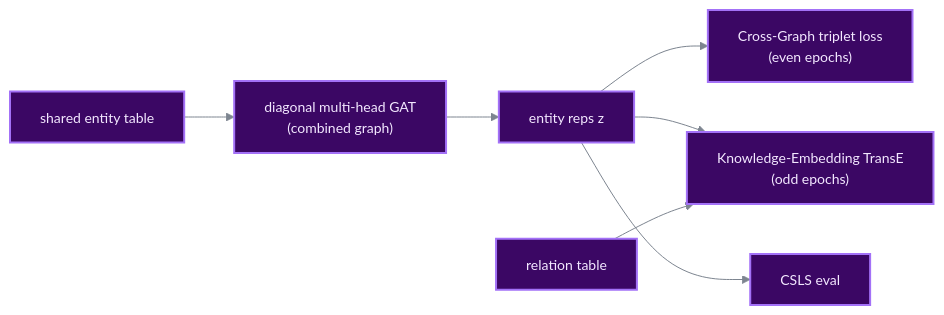
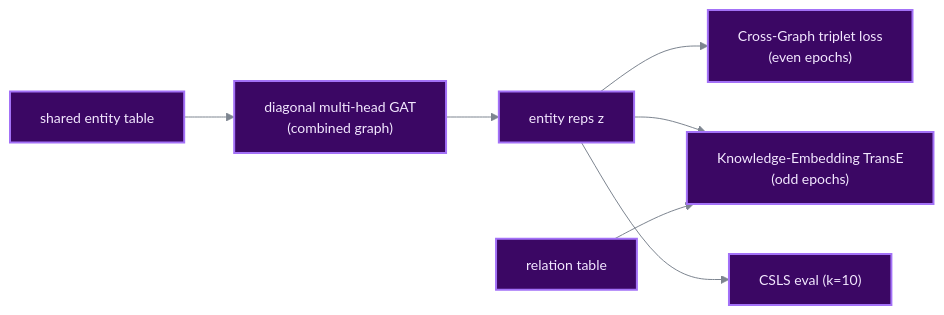
One commit to Z-Nadjib/EntityAlignment-Nexus changed the diagram in docs/models/kecg.md. Above: the diagram before and after it, drawn with Mermaid. The commit also changed other lines of this file and 3 other files, not shown here.

````diff
--- a/docs/models/kecg.md
+++ b/docs/models/kecg.md
@@ -16,12 +16,12 @@
 ```mermaid
 %%{init: {'theme':'base','themeVariables':{'fontSize':'14px','fontFamily':'Inter, sans-serif','lineColor':'#7d8590','primaryTextColor':'#e6edf3'}}}%%
 flowchart LR
     EMB["shared entity table"] --> GAT["diagonal multi-head GAT<br/>(combined graph)"]
     GAT --> Z["entity reps z"]
     Z --> CG["Cross-Graph triplet loss<br/>(even epochs)"]
     Z --> KE["Knowledge-Embedding TransE<br/>(odd epochs)"]
     REL["relation table"] --> KE
-    Z --> EVAL["CSLS eval"]
+    Z --> EVAL["CSLS eval (k=10)"]
     classDef b fill:#3b0764,stroke:#a371f7,stroke-width:2px,color:#f3e8ff;
     class EMB,GAT,Z,CG,KE,REL,EVAL b;
 ```
````
